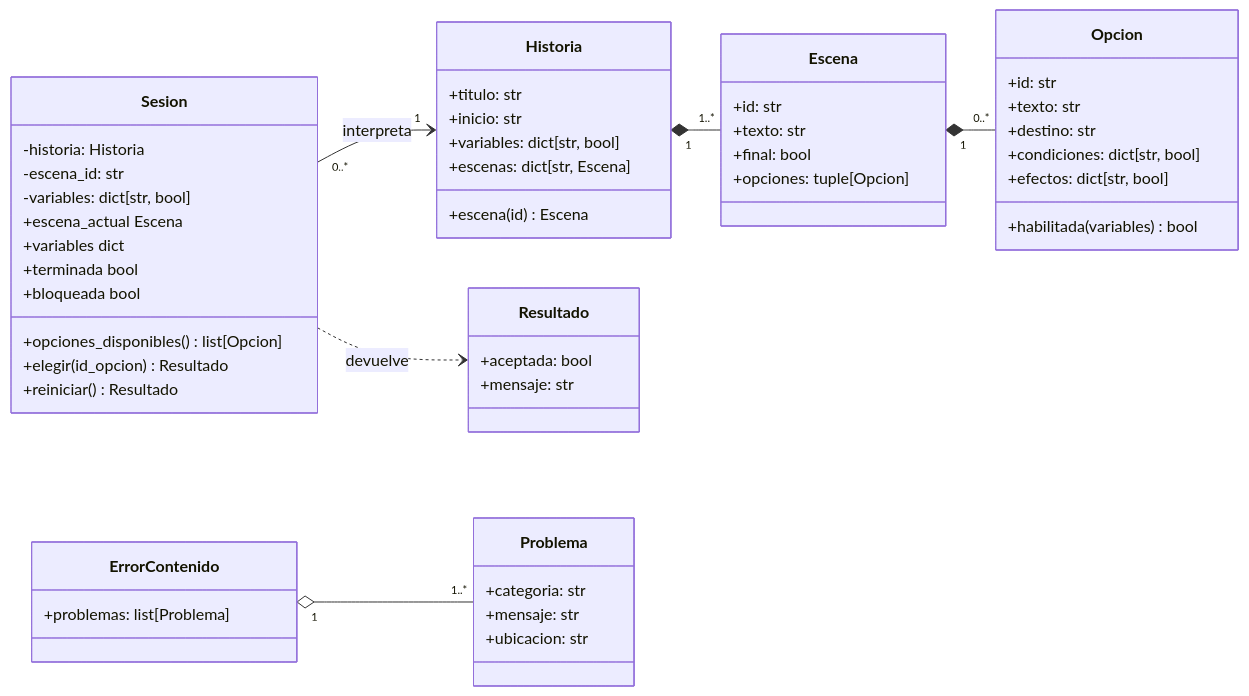
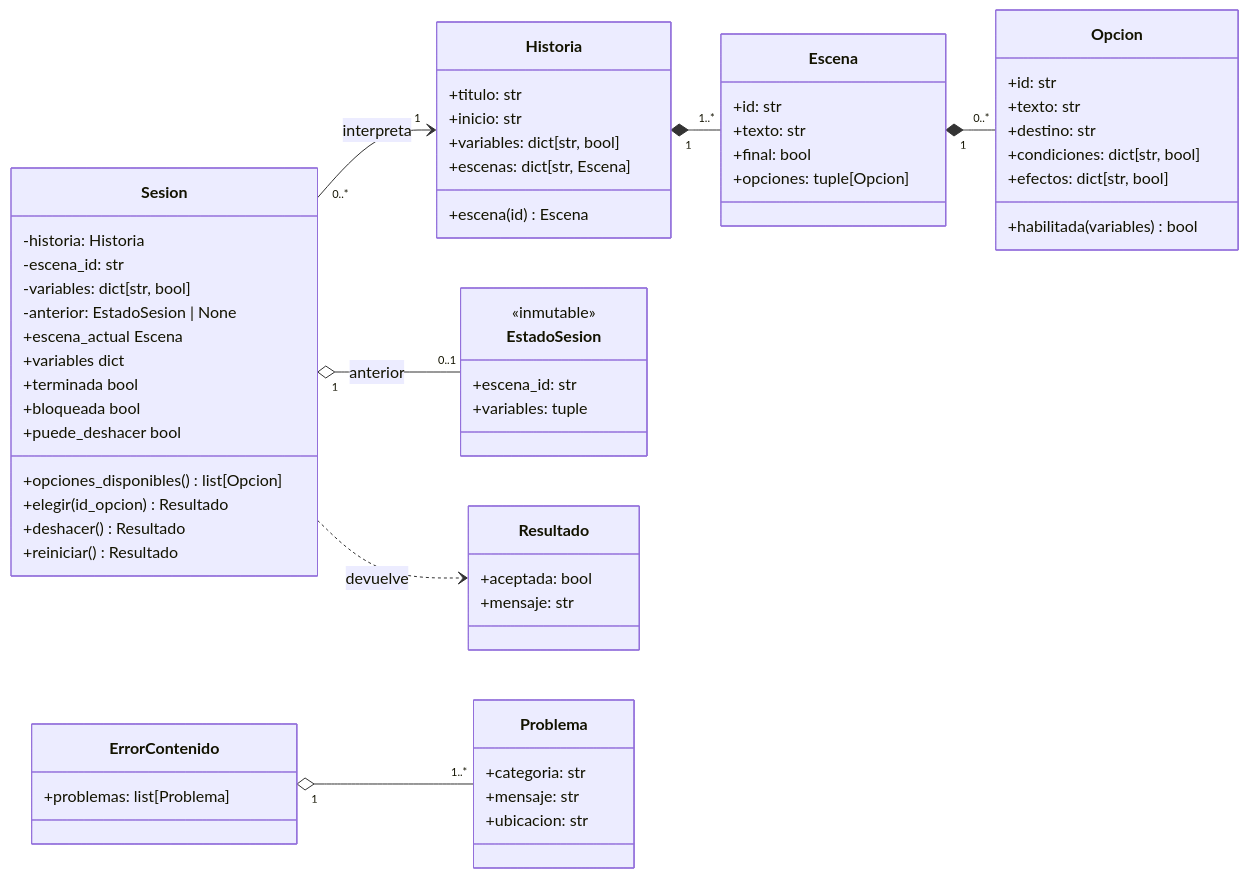
The third of 5 diagrams in docs/anexo/A1_modelos.md (CamiloConde/Parcial-2-Ingenieria-de-software), drawn with Mermaid before and after one commit. The commit also changed other lines of this file and 5 other files, not shown here.

````diff
--- a/docs/anexo/A1_modelos.md
+++ b/docs/anexo/A1_modelos.md
@@ -53,54 +56,63 @@
 ```mermaid
 classDiagram
   direction LR
   class Historia {
     +titulo: str
     +inicio: str
     +variables: dict[str, bool]
     +escenas: dict[str, Escena]
     +escena(id) Escena
   }
   class Escena {
     +id: str
     +texto: str
     +final: bool
     +opciones: tuple[Opcion]
   }
   class Opcion {
     +id: str
     +texto: str
     +destino: str
     +condiciones: dict[str, bool]
     +efectos: dict[str, bool]
     +habilitada(variables) bool
   }
   class Sesion {
     -historia: Historia
     -escena_id: str
     -variables: dict[str, bool]
+    -anterior: EstadoSesion | None
     +escena_actual Escena
     +variables dict
     +terminada bool
     +bloqueada bool
+    +puede_deshacer bool
     +opciones_disponibles() list[Opcion]
     +elegir(id_opcion) Resultado
+    +deshacer() Resultado
     +reiniciar() Resultado
+  }
+  class EstadoSesion {
+    <<inmutable>>
+    +escena_id: str
+    +variables: tuple
   }
   class Resultado {
     +aceptada: bool
     +mensaje: str
   }
   class Problema {
     +categoria: str
     +mensaje: str
     +ubicacion: str
   }
   class ErrorContenido {
     +problemas: list[Problema]
   }
   Historia "1" *-- "1..*" Escena
   Escena "1" *-- "0..*" Opcion
   Sesion "0..*" --> "1" Historia : interpreta
   Sesion ..> Resultado : devuelve
+  Sesion "1" o-- "0..1" EstadoSesion : anterior
   ErrorContenido "1" o-- "1..*" Problema
 ```
````
